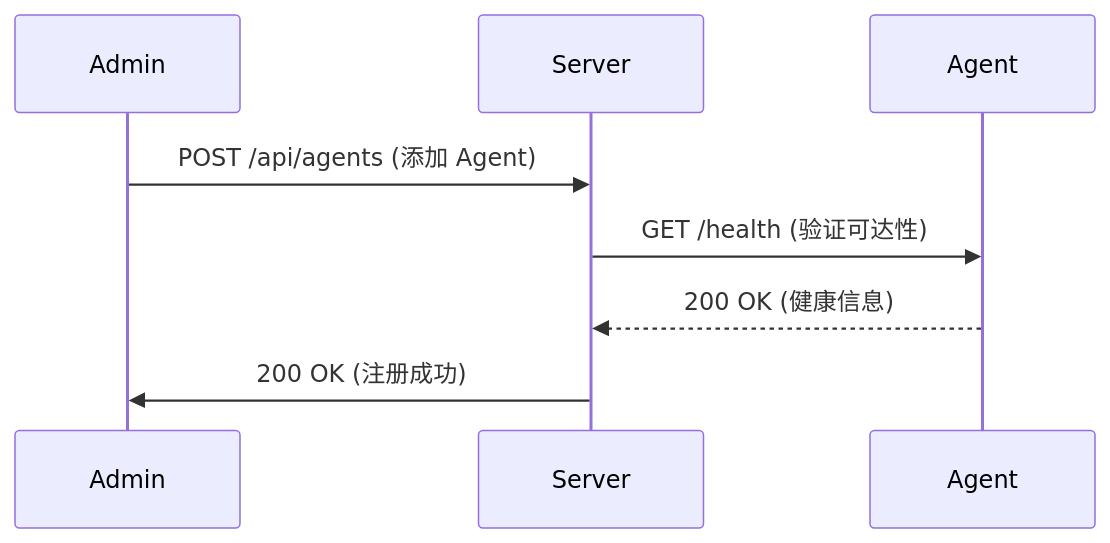
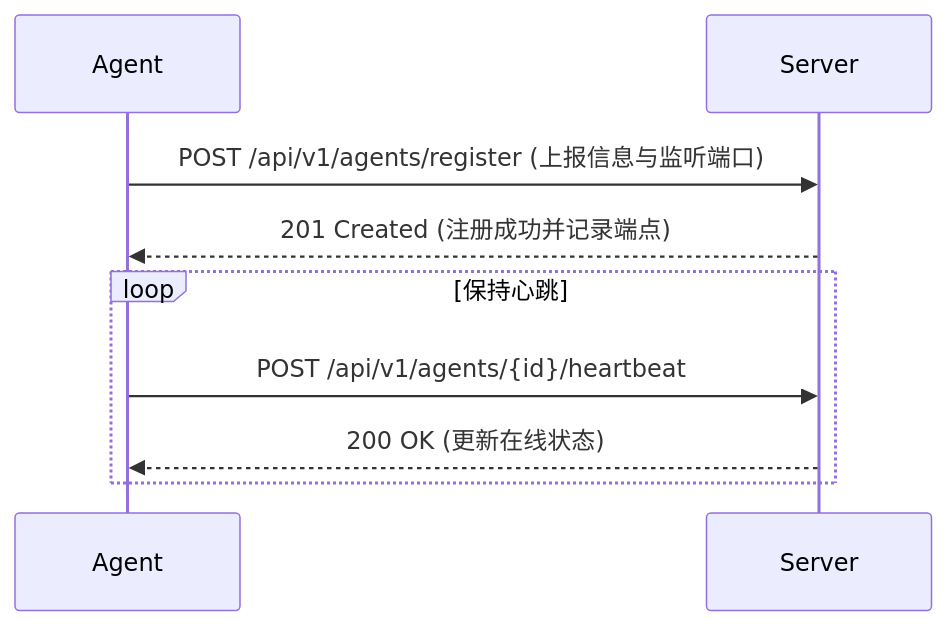
The first of 2 diagrams in docs/modules/agent-api-spec.md (codelder/opsbox), drawn with Mermaid before and after one commit. The commit also changed 9 other files, not shown here.

````diff
--- a/docs/modules/agent-api-spec.md
+++ b/docs/modules/agent-api-spec.md
@@ -539,11 +539,13 @@
 ```mermaid
 sequenceDiagram
-    participant Admin
+    participant Agent
     participant Server
-    participant Agent
 
-    Admin->>Server: POST /api/agents (添加 Agent)
-    Server->>Agent: GET /health (验证可达性)
-    Agent-->>Server: 200 OK (健康信息)
-    Server->>Admin: 200 OK (注册成功)
+    Agent->>Server: POST /api/v1/agents/register (上报信息与监听端口)
+    Server-->>Agent: 201 Created (注册成功并记录端点)
+    
+    loop 保持心跳
+        Agent->>Server: POST /api/v1/agents/{id}/heartbeat
+        Server-->>Agent: 200 OK (更新在线状态)
+    end
 ```
````
